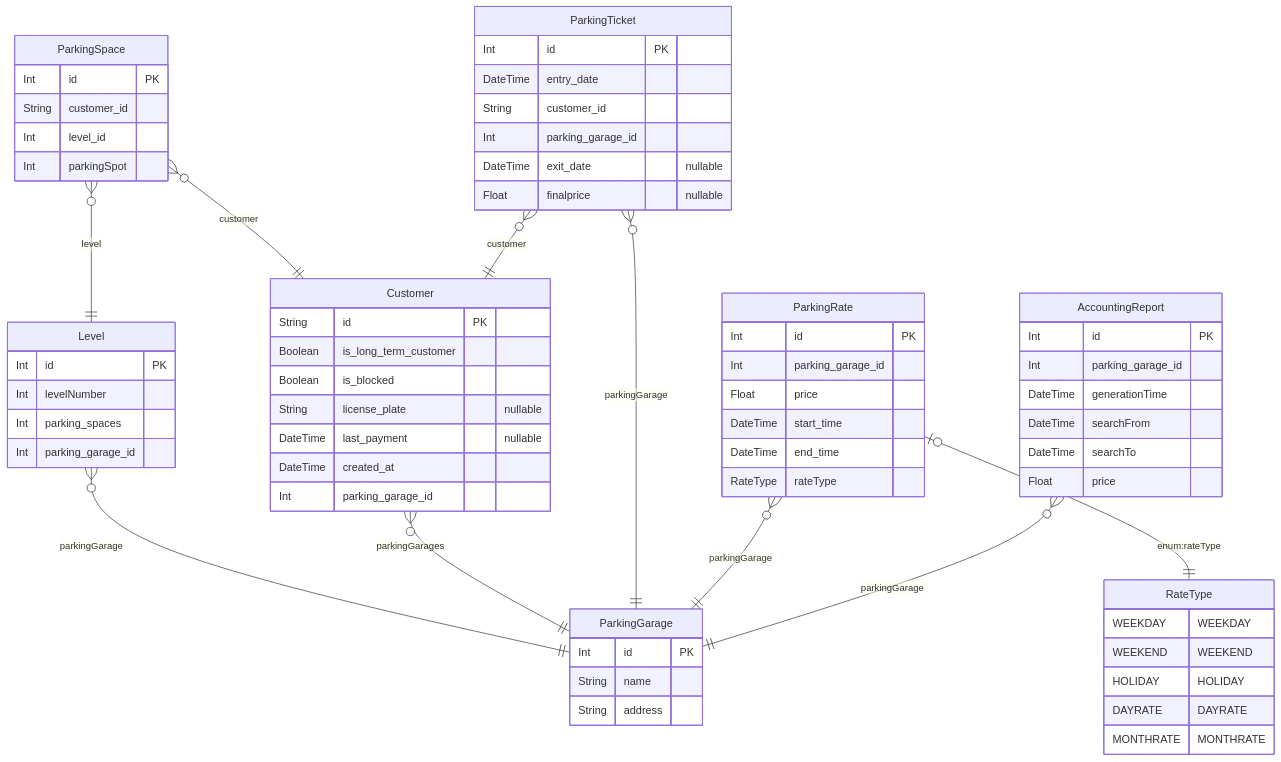
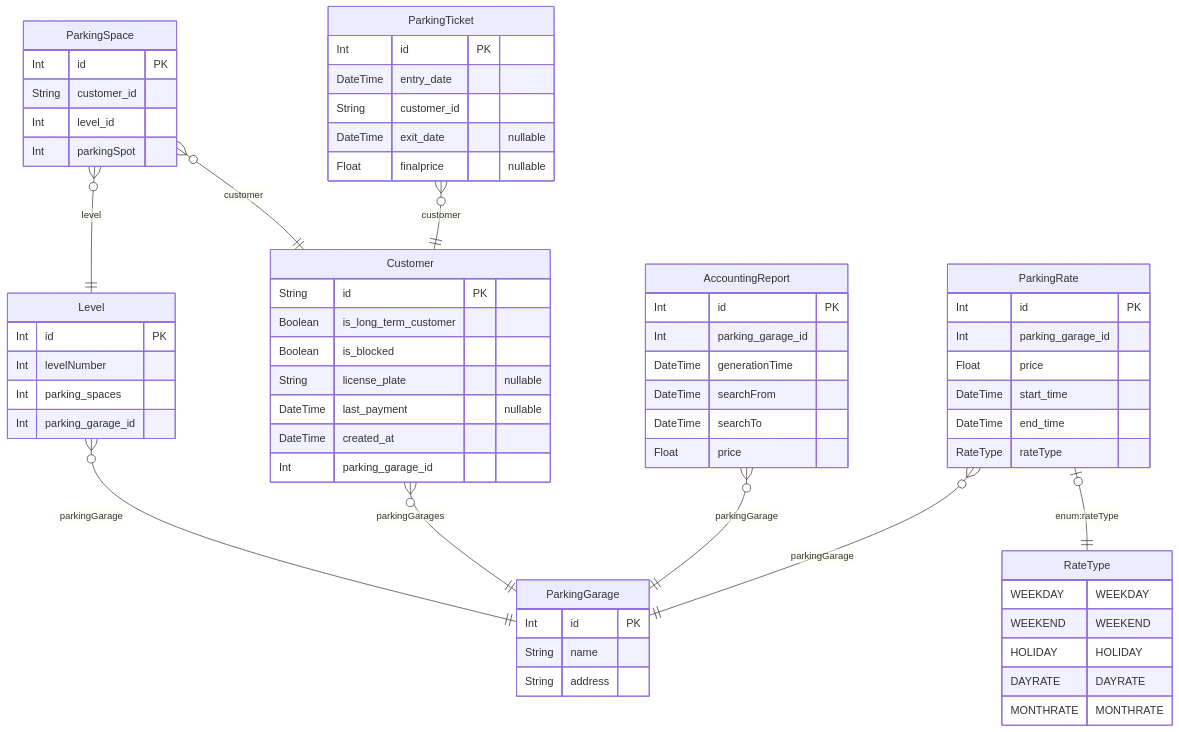
One commit to DaAlbrecht/parking-garage changed the diagram in documentation/erd.md. Above: the diagram before and after it, drawn with Mermaid. The commit also changed 4 other files, not shown here.

Commit message:
REMOVE loop in erd

````diff
--- a/documentation/erd.md
+++ b/documentation/erd.md
@@ -43,11 +43,20 @@
     }
   
 
+  AccountingReport {
+    Int id PK 
+    Int parking_garage_id  
+    DateTime generationTime  
+    DateTime searchFrom  
+    DateTime searchTo  
+    Float price  
+    }
+  
+
   ParkingTicket {
     Int id PK 
     DateTime entry_date  
     String customer_id  
-    Int parking_garage_id  
     DateTime exit_date  "nullable"
     Float finalprice  "nullable"
     }
@@ -62,23 +71,12 @@
     RateType rateType  
     }
   
-
-  AccountingReport {
-    Int id PK 
-    Int parking_garage_id  
-    DateTime generationTime  
-    DateTime searchFrom  
-    DateTime searchTo  
-    Float price  
-    }
-  
     Level o{--|| ParkingGarage : "parkingGarage"
     ParkingSpace o{--|| Customer : "customer"
     ParkingSpace o{--|| Level : "level"
     Customer o{--|| ParkingGarage : "parkingGarages"
+    AccountingReport o{--|| ParkingGarage : "parkingGarage"
     ParkingTicket o{--|| Customer : "customer"
-    ParkingTicket o{--|| ParkingGarage : "parkingGarage"
     ParkingRate o{--|| ParkingGarage : "parkingGarage"
     ParkingRate o|--|| RateType : "enum:rateType"
-    AccountingReport o{--|| ParkingGarage : "parkingGarage"
 ```
````
